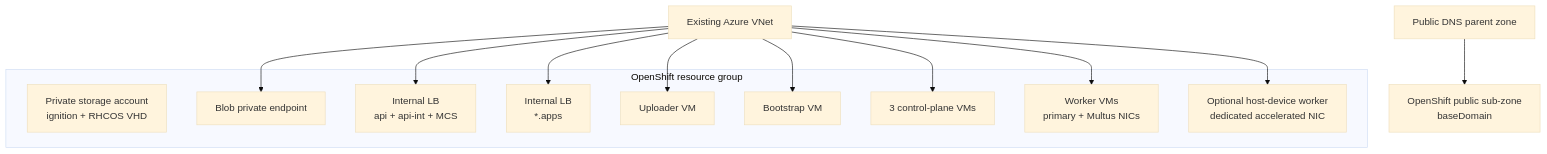
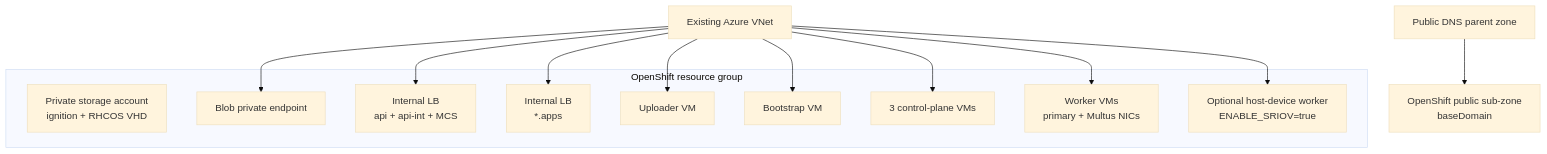
The first of 4 diagrams in docs/architecture.md (raskip/ocp-multus), drawn with Mermaid (base theme) before and after one commit. The commit also changed other lines of this file and 47 other files, not shown here.

````diff
--- a/docs/architecture.md
+++ b/docs/architecture.md
@@ -9,28 +9,28 @@
 ```mermaid
 flowchart TB
   DNS["Public DNS parent zone"]
   SUBZONE["OpenShift public sub-zone<br/>baseDomain"]
   VNET["Existing Azure VNet"]
 
   subgraph OCPRG["OpenShift resource group"]
     SA["Private storage account<br/>ignition + RHCOS VHD"]
     PE["Blob private endpoint"]
     ILBAPI["Internal LB<br/>api + api-int + MCS"]
     ILBING["Internal LB<br/>*.apps"]
     UPL["Uploader VM"]
     BOOT["Bootstrap VM"]
     MASTERS["3 control-plane VMs"]
     WORKERS["Worker VMs<br/>primary + Multus NICs"]
-    SRIOV["Optional host-device worker<br/>dedicated accelerated NIC"]
+    SRIOV["Optional host-device worker<br/>ENABLE_SRIOV=true"]
   end
 
   DNS --> SUBZONE
   VNET --> PE
   VNET --> ILBAPI
   VNET --> ILBING
   VNET --> UPL
   VNET --> BOOT
   VNET --> MASTERS
   VNET --> WORKERS
   VNET --> SRIOV
 ```
````
